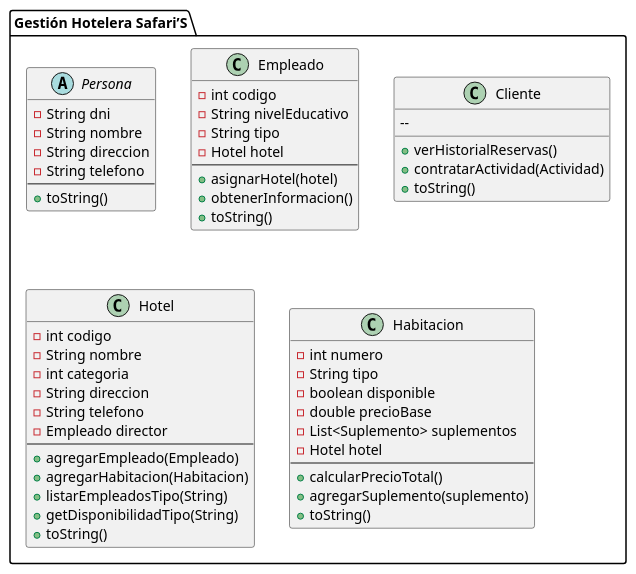
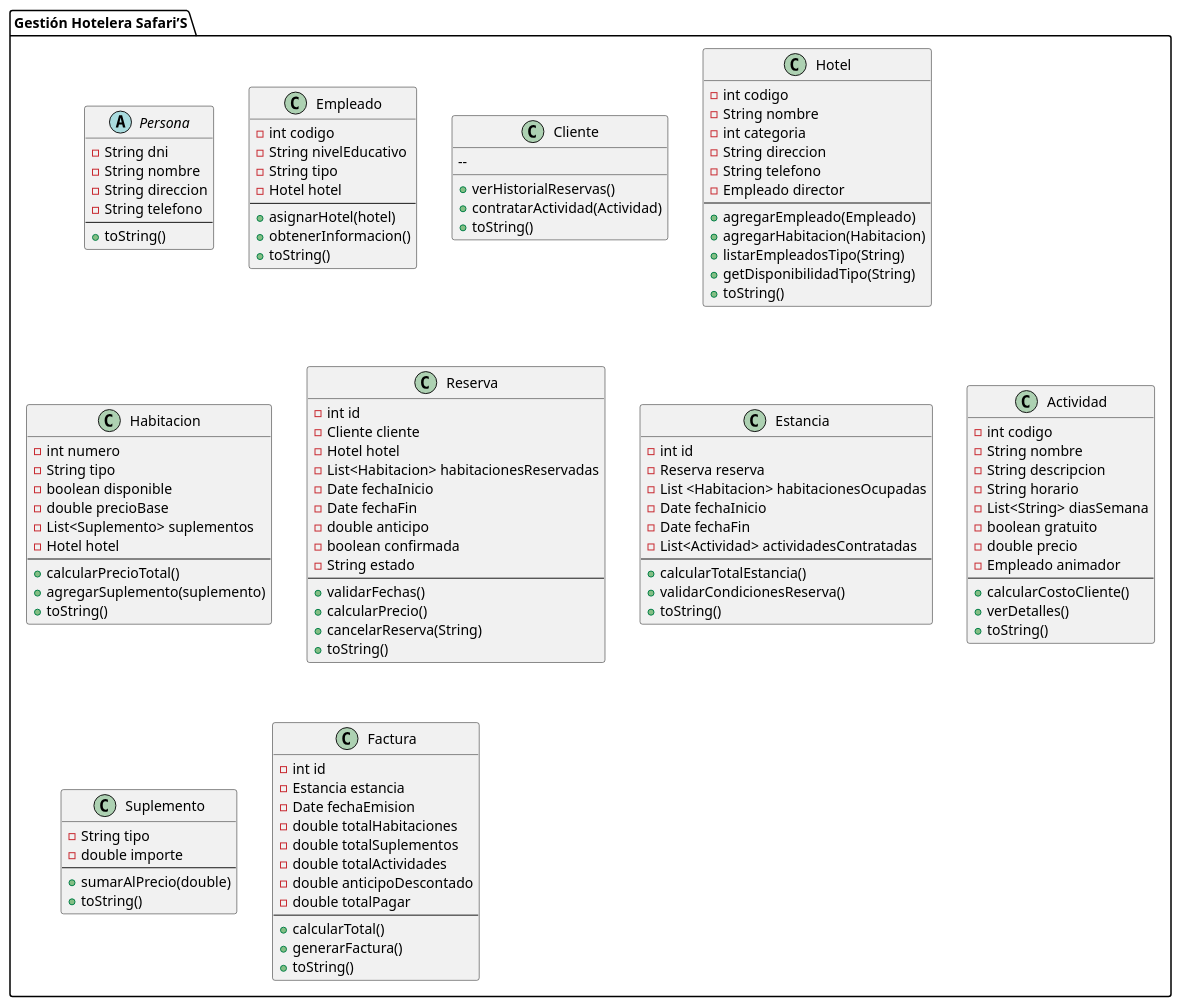
Before and after one commit to mauroanaya3/HotelSafaris: the diagram in src/co/edu/ude/poo/hotelsafaris/documentacion/Diagrama_clases_conceptual.puml, drawn with PlantUML.

Commit message:
Creacion de las clases: reserva, estancia, actividad, suplemento y factura.

```diff
--- a/src/co/edu/ude/poo/hotelsafaris/documentacion/Diagrama_clases_conceptual.puml
+++ b/src/co/edu/ude/poo/hotelsafaris/documentacion/Diagrama_clases_conceptual.puml
@@ -1,61 +1,129 @@
 @startuml
 
 package "Gestión Hotelera Safari’S" {
 
 abstract class Persona {
     - String dni
     - String nombre
     - String direccion
     - String telefono
     --
     + toString()
 }
 
 class Empleado {
     - int codigo
     - String nivelEducativo
     - String tipo
     - Hotel hotel
     --
     + asignarHotel(hotel)
     + obtenerInformacion()
     + toString()
 }
 
 class Cliente {
     -- 
     + verHistorialReservas()
     + contratarActividad(Actividad)
     + toString()
 }
 
 class Hotel {
     - int codigo
     - String nombre
     - int categoria
     - String direccion
     - String telefono
     - Empleado director
     --
     + agregarEmpleado(Empleado)
     + agregarHabitacion(Habitacion)
     + listarEmpleadosTipo(String)
     + getDisponibilidadTipo(String)
     + toString()
 }
 
 class Habitacion {
     - int numero
     - String tipo
     - boolean disponible
     - double precioBase
     - List<Suplemento> suplementos
     - Hotel hotel
     --
     + calcularPrecioTotal()
     + agregarSuplemento(suplemento)
     + toString()
 }
 
+class Reserva {
+    - int id
+    - Cliente cliente
+    - Hotel hotel
+    - List<Habitacion> habitacionesReservadas
+    - Date fechaInicio
+    - Date fechaFin
+    - double anticipo
+    - boolean confirmada
+    - String estado
+    --
+    + validarFechas()
+    + calcularPrecio()
+    + cancelarReserva(String)
+    + toString()
+}
+
+class Estancia {
+    - int id
+    - Reserva reserva
+    - List <Habitacion> habitacionesOcupadas
+    - Date fechaInicio
+    - Date fechaFin
+    - List<Actividad> actividadesContratadas
+    --
+    + calcularTotalEstancia()
+    + validarCondicionesReserva()
+    + toString() 
+}
+
+class Actividad {
+    - int codigo
+    - String nombre
+    - String descripcion
+    - String horario
+    - List<String> diasSemana
+    - boolean gratuito
+    - double precio
+    - Empleado animador
+    --
+    + calcularCostoCliente()
+    + verDetalles()
+    + toString()
+}
+
+class Suplemento {
+    - String tipo
+    - double importe
+    --
+    + sumarAlPrecio(double)
+    + toString()
+}
+
+class Factura {
+    - int id
+    - Estancia estancia
+    - Date fechaEmision
+    - double totalHabitaciones
+    - double totalSuplementos
+    - double totalActividades
+    - double anticipoDescontado
+    - double totalPagar
+    --
+    + calcularTotal()
+    + generarFactura()
+    + toString()
+}
+
 }
 @enduml
```
